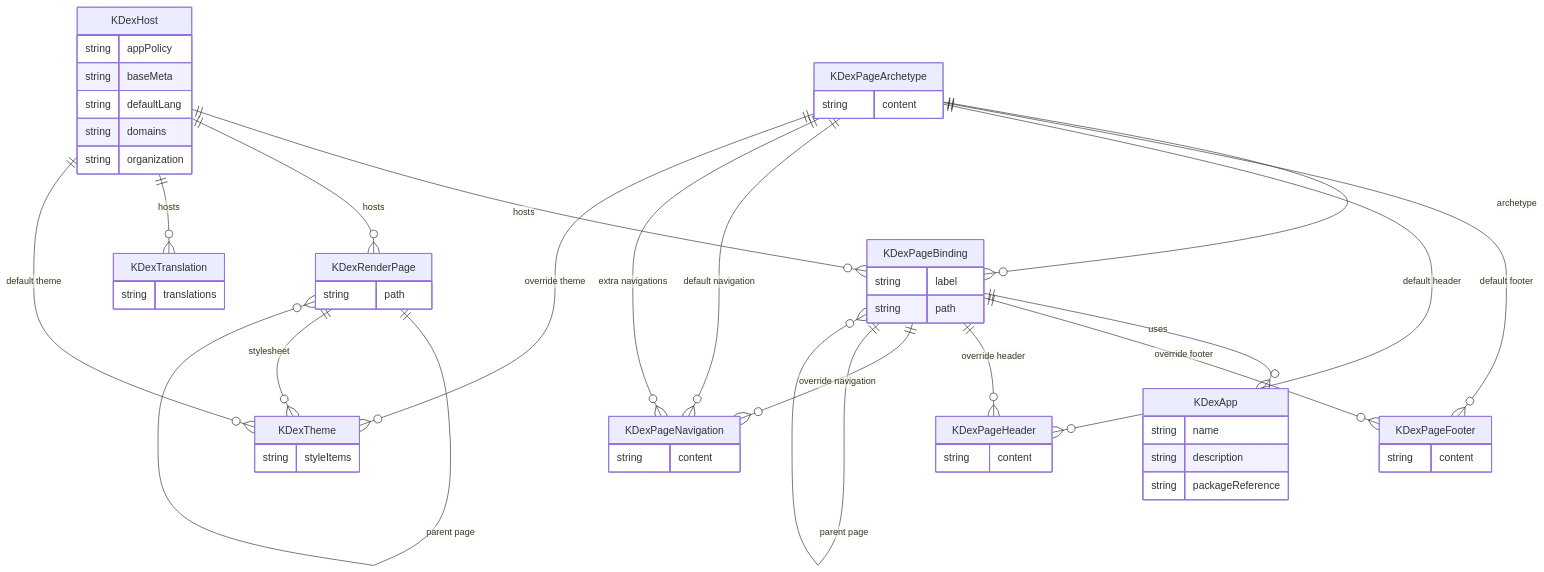
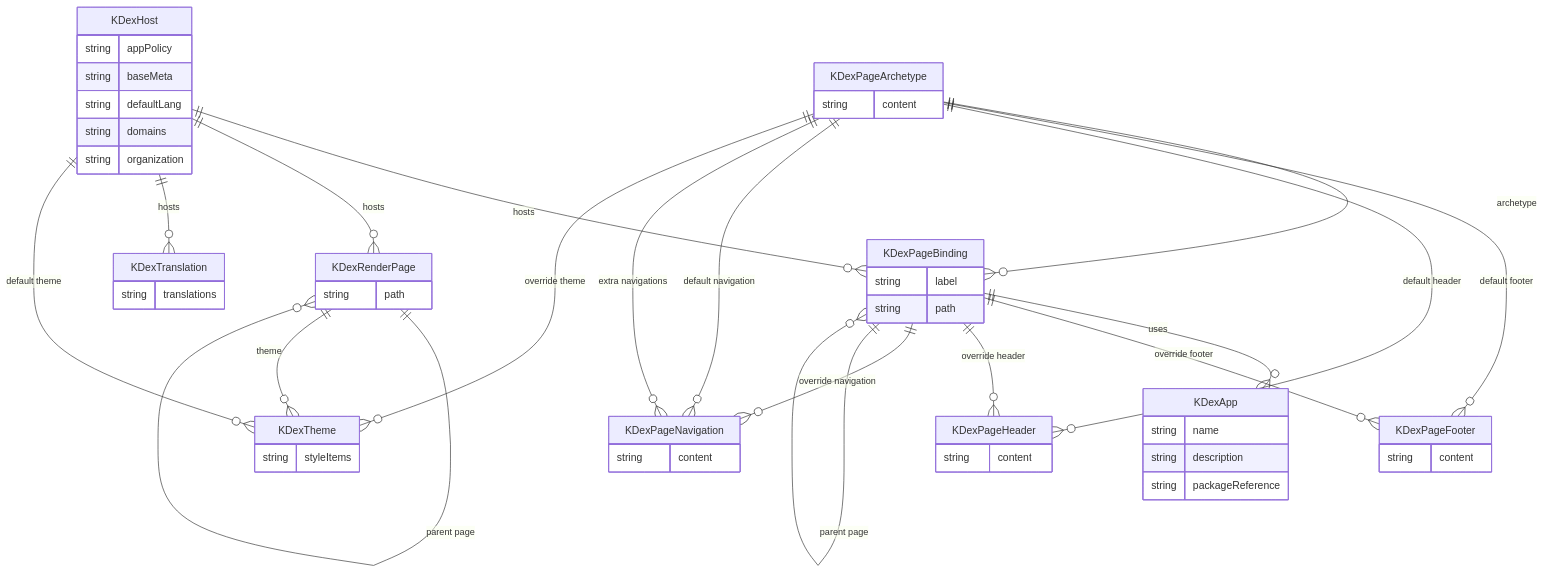
The diagram in CRD_RELATIONSHIPS.md (kdex-tech/kdex-crds), drawn with Mermaid before and after one commit.

````diff
--- a/CRD_RELATIONSHIPS.md
+++ b/CRD_RELATIONSHIPS.md
@@ -5,70 +5,70 @@
 ```mermaid
 erDiagram
     KDexHost ||--o{ KDexPageBinding : "hosts"
     KDexHost ||--o{ KDexRenderPage : "hosts"
     KDexHost ||--o{ KDexTranslation : "hosts"
     KDexHost ||--o{ KDexTheme : "default theme"
 
     KDexPageArchetype ||--o{ KDexPageBinding : "archetype"
     KDexPageArchetype ||--o{ KDexPageFooter : "default footer"
     KDexPageArchetype ||--o{ KDexPageHeader : "default header"
     KDexPageArchetype ||--o{ KDexPageNavigation : "default navigation"
     KDexPageArchetype ||--o{ KDexPageNavigation : "extra navigations"
     KDexPageArchetype ||--o{ KDexTheme : "override theme"
 
     KDexPageBinding ||--o{ KDexApp : "uses"
     KDexPageBinding ||--o{ KDexPageFooter : "override footer"
     KDexPageBinding ||--o{ KDexPageHeader : "override header"
     KDexPageBinding ||--o{ KDexPageNavigation : "override navigation"
     KDexPageBinding ||--o{ KDexPageBinding : "parent page"
 
     KDexRenderPage ||--o{ KDexRenderPage : "parent page"
-    KDexRenderPage ||--o{ KDexTheme : "stylesheet"
+    KDexRenderPage ||--o{ KDexTheme : "theme"
 
     KDexApp {
         string name
         string description
         string packageReference
     }
 
     KDexHost {
         string appPolicy
         string baseMeta
         string defaultLang
         string domains
         string organization
     }
 
     KDexPageArchetype {
         string content
     }
 
     KDexPageBinding {
         string label
         string path
     }
 
     KDexPageFooter {
         string content
     }
 
     KDexPageHeader {
         string content
     }
 
     KDexPageNavigation {
         string content
     }
 
     KDexRenderPage {
         string path
     }
 
     KDexTheme {
         string styleItems
     }
 
     KDexTranslation {
         string translations
     }
 ```
````
